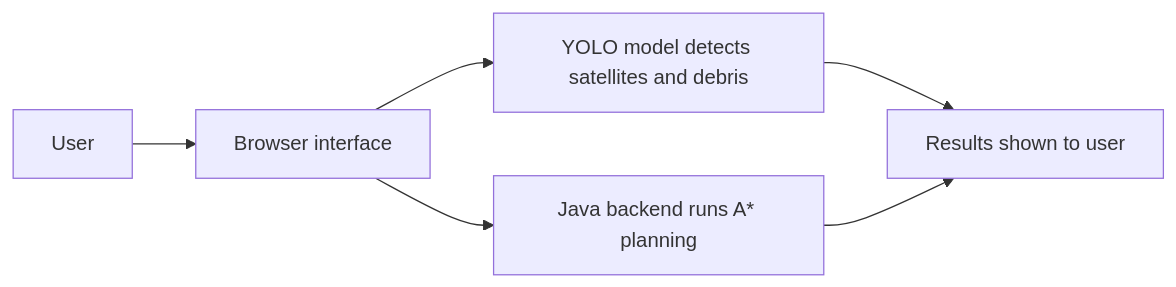
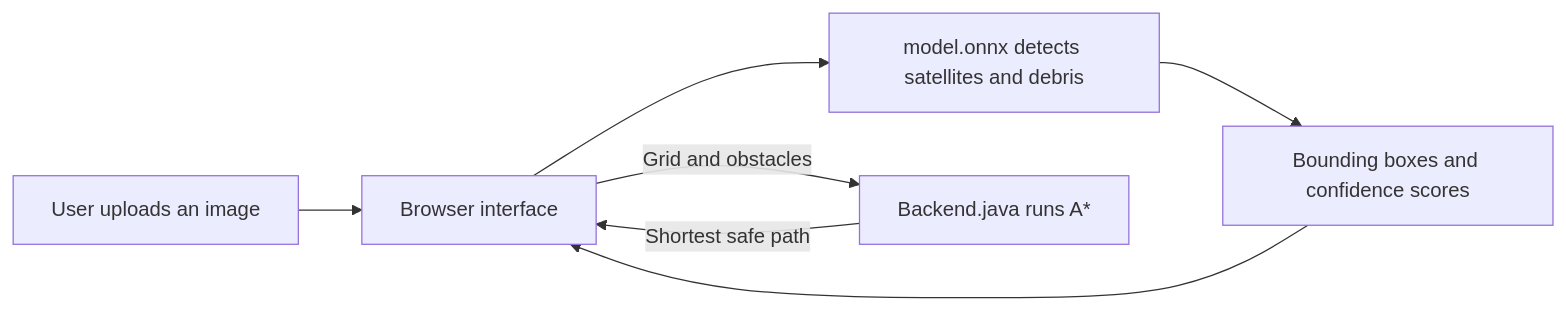
One commit to Shushant-Kharate/YoLo changed the diagram in README.md. Above: the diagram before and after it, drawn with Mermaid. The commit also changed other lines of this file, not shown here.

Commit message:
Clarify README architecture flow

````diff
--- a/README.md
+++ b/README.md
@@ -56,8 +56,9 @@
 ```mermaid
 flowchart LR
-    U[User] --> F[Browser interface]
-    F --> M[YOLO model detects satellites and debris]
-    F --> B[Java backend runs A* planning]
-    M --> R[Results shown to user]
-    B --> R
+    U[User uploads an image] --> F[Browser interface]
+    F --> M[model.onnx detects satellites and debris]
+    M --> D[Bounding boxes and confidence scores]
+    F -->|Grid and obstacles| B[Backend.java runs A*]
+    B -->|Shortest safe path| F
+    D --> F
 ```
````
